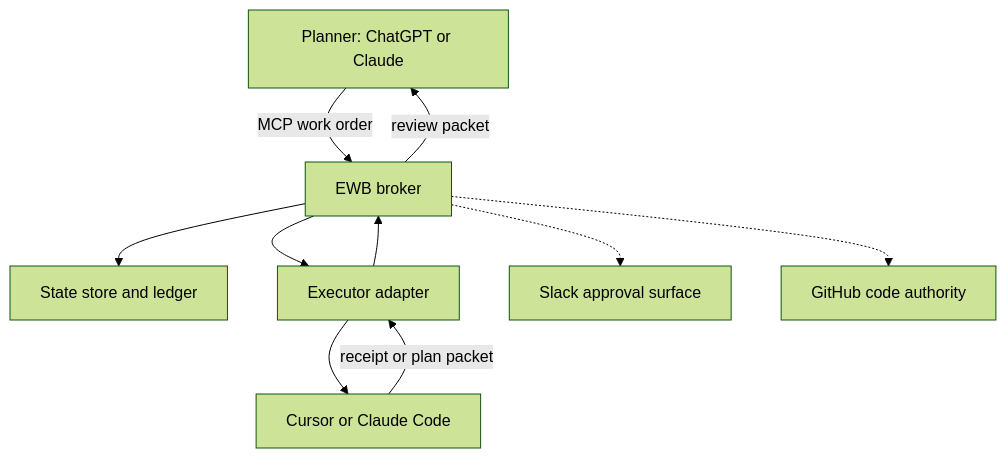
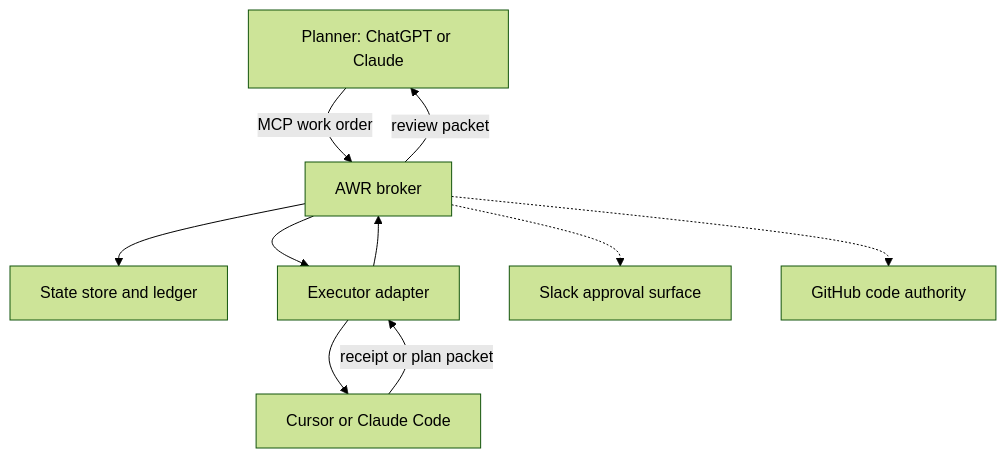
Before and after one commit to datateamsix/agent-work-relay: the first of 2 diagrams in docs/ARCHITECTURE.md, drawn with Mermaid (forest theme). The commit also changed other lines of this file and 35 other files, not shown here.

````diff
--- a/docs/ARCHITECTURE.md
+++ b/docs/ARCHITECTURE.md
@@ -6,12 +8,12 @@
 ```mermaid
 flowchart TD
-    P["Planner: ChatGPT or Claude"] -->|MCP work order| B["EWB broker"]
+    P["Planner: ChatGPT or Claude"] -->|MCP work order| B["AWR broker"]
     B --> S["State store and ledger"]
     B --> X["Executor adapter"]
     X --> C["Cursor or Claude Code"]
     C -->|receipt or plan packet| X
     X --> B
     B -->|review packet| P
     B -.-> H["Slack approval surface"]
     B -.-> G["GitHub code authority"]
 ```
````
